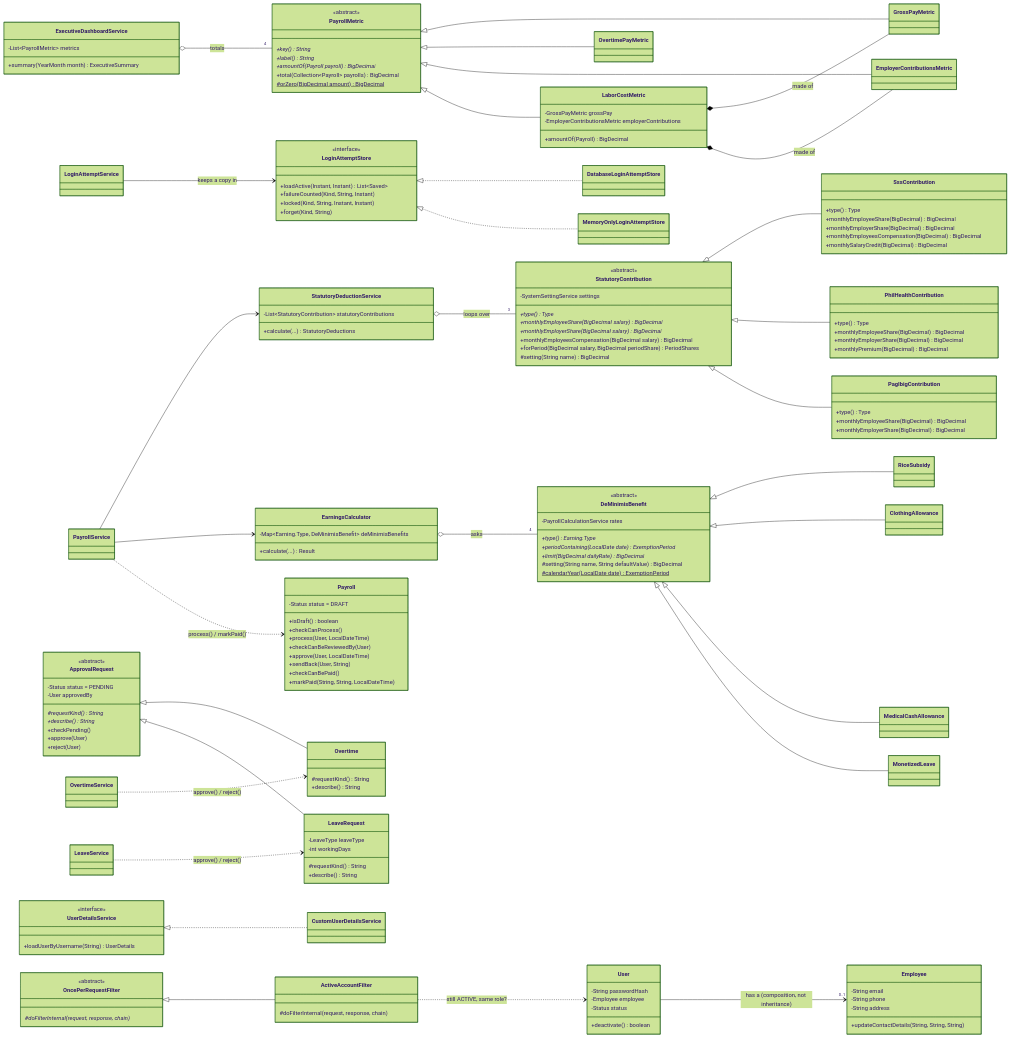
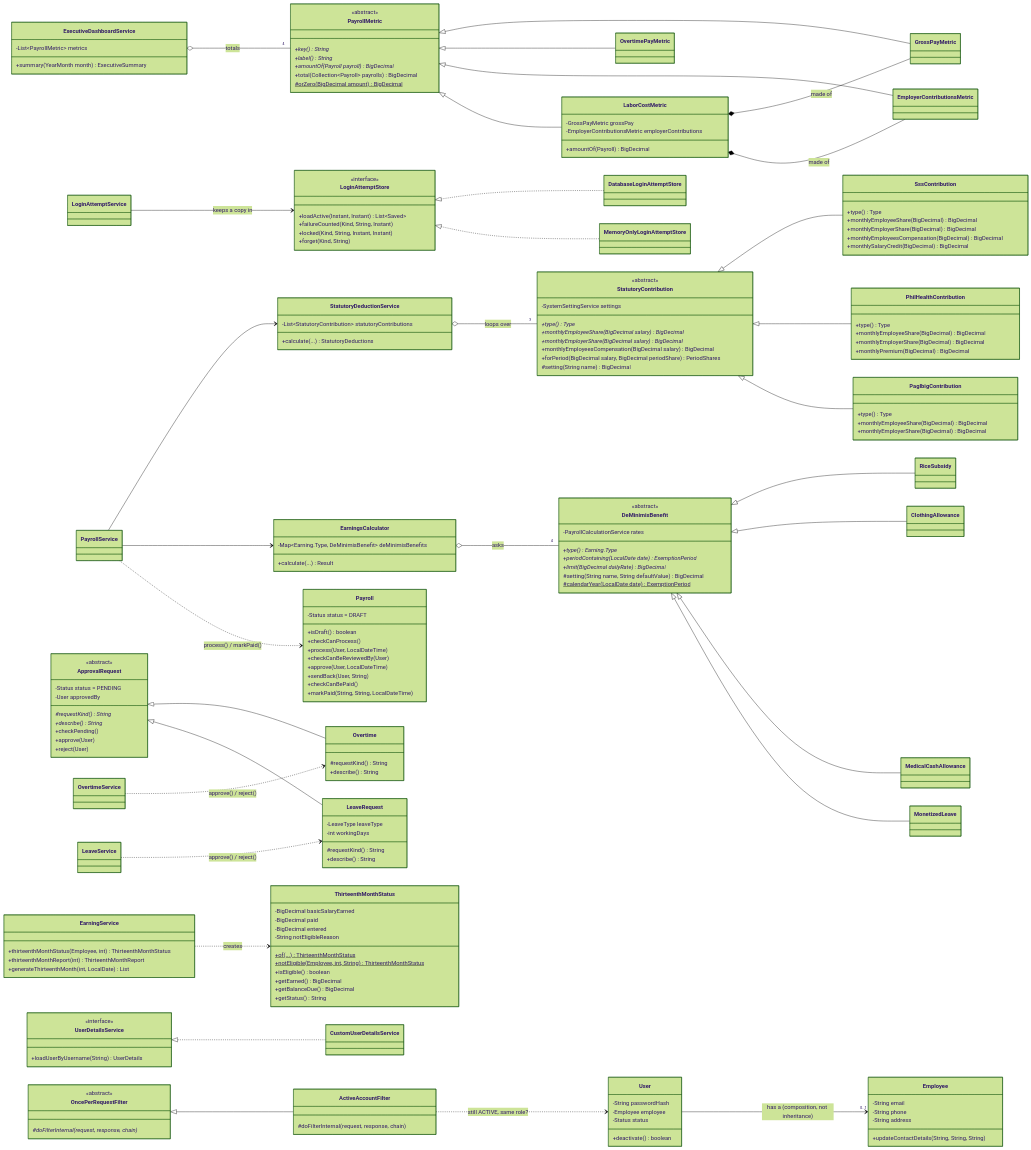
Before and after one commit to ArtXenos/Employger: the diagram in docs/OOP_CONCEPTS.md, drawn with Mermaid (forest theme). The commit also changed other lines of this file and 12 other files, not shown here.

First line of the commit message:
13th month pay report

```diff
--- a/docs/OOP_CONCEPTS.md
+++ b/docs/OOP_CONCEPTS.md
@@ -545,6 +566,25 @@
     }
     User --> "0..1" Employee : has a (composition, not inheritance)
 
+    class ThirteenthMonthStatus {
+        -BigDecimal basicSalaryEarned
+        -BigDecimal paid
+        -BigDecimal entered
+        -String notEligibleReason
+        +of(...)$ ThirteenthMonthStatus
+        +notEligible(Employee, int, String)$ ThirteenthMonthStatus
+        +isEligible() boolean
+        +getEarned() BigDecimal
+        +getBalanceDue() BigDecimal
+        +getStatus() String
+    }
+    class EarningService {
+        +thirteenthMonthStatus(Employee, int) ThirteenthMonthStatus
+        +thirteenthMonthReport(int) ThirteenthMonthReport
+        +generateThirteenthMonth(int, LocalDate) List
+    }
+    EarningService ..> ThirteenthMonthStatus : creates
+
     class UserDetailsService {
         <<interface>>
         +loadUserByUsername(String) UserDetails
```
